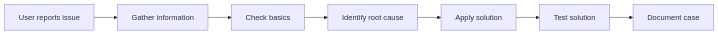
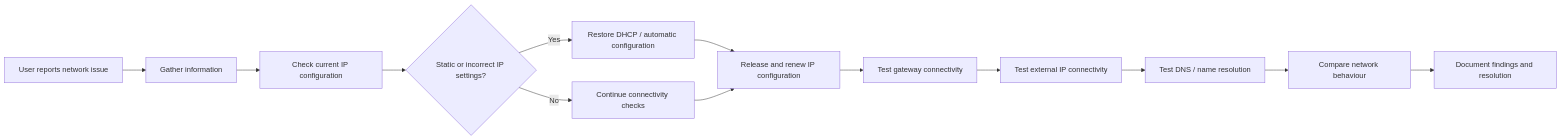
Before and after one commit to aang81a/my-it-support-portfolio: the diagram in PROJECTS/04-network-troubleshooting-cases/diagrams/troubleshooting-method.md, drawn with Mermaid. The commit also changed other lines of this file, not shown here.

````diff
--- a/PROJECTS/04-network-troubleshooting-cases/diagrams/troubleshooting-method.md
+++ b/PROJECTS/04-network-troubleshooting-cases/diagrams/troubleshooting-method.md
@@ -6,9 +5,15 @@
 ```mermaid
 flowchart LR
-A[User reports issue] --> B[Gather information]
-B --> C[Check basics]
-C --> D[Identify root cause]
-D --> E[Apply solution]
-E --> F[Test solution]
-F --> G[Document case]
+A[User reports network issue] --> B[Gather information]
+B --> C[Check current IP configuration]
+C --> D{Static or incorrect IP settings?}
+D -->|Yes| E[Restore DHCP / automatic configuration]
+D -->|No| F[Continue connectivity checks]
+E --> G[Release and renew IP configuration]
+F --> G
+G --> H[Test gateway connectivity]
+H --> I[Test external IP connectivity]
+I --> J[Test DNS / name resolution]
+J --> K[Compare network behaviour]
+K --> L[Document findings and resolution]
 ```
````
